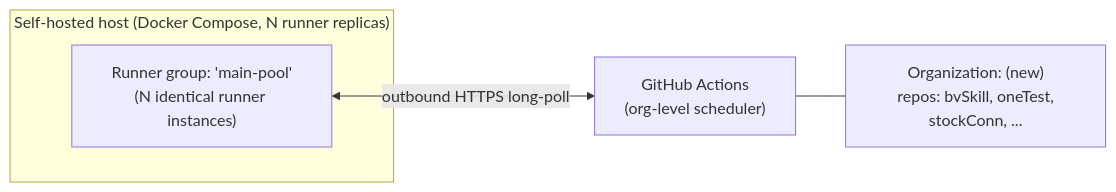
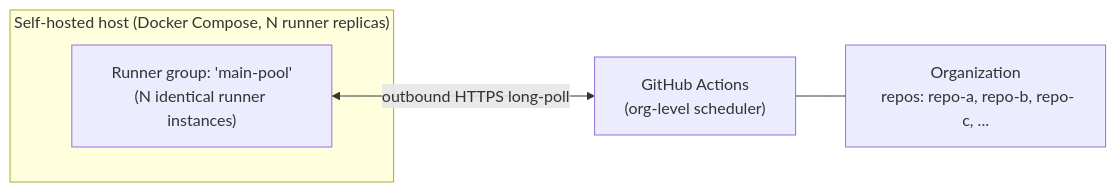
Before and after one commit to ephoton0210/github_self-hosted_runner: the second of 2 diagrams in development/01_ARCHITECTURE.md, drawn with Mermaid. The commit also changed other lines of this file and 3 other files, not shown here.

````diff
--- a/development/01_ARCHITECTURE.md
+++ b/development/01_ARCHITECTURE.md
@@ -87,11 +104,11 @@
 ```mermaid
 flowchart LR
     subgraph Host["Self-hosted host (Docker Compose, N runner replicas)"]
         RG["Runner group: 'main-pool'\n(N identical runner instances)"]
     end
     GH["GitHub Actions\n(org-level scheduler)"]
-    ORG["Organization: (new)\n repos: bvSkill, oneTest, stockConn, ..."]
+    ORG["Organization\n repos: repo-a, repo-b, repo-c, ..."]
 
     RG <-- outbound HTTPS long-poll --> GH
     GH --- ORG
 ```
````
